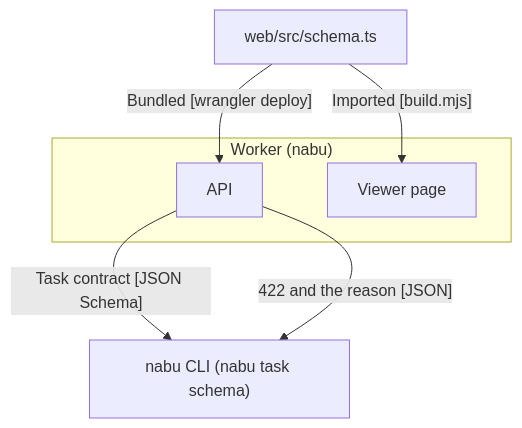
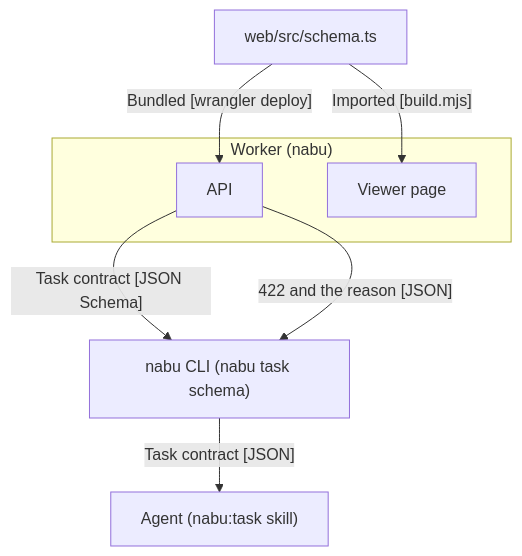
One commit to gitt510/nabu changed the fourth of 4 diagrams in docs/architecture.md. Above: the diagram before and after it, drawn with Mermaid. The commit also changed other lines of this file and 6 other files, not shown here.

Commit message:
task: pass every value to the API and read the rules from nabu task schema

````diff
--- a/docs/architecture.md
+++ b/docs/architecture.md
@@ -67,14 +67,15 @@
 ```mermaid
 flowchart TD
   schema["web/src/schema.ts"]
 
   subgraph worker_box["Worker (nabu)"]
     api["API"]
     page["Viewer page"]
   end
 
   schema -- "Bundled [wrangler deploy]" --> api
   schema -- "Imported [build.mjs]" --> page
   api -- "Task contract [JSON Schema]" --> cli["nabu CLI (nabu task schema)"]
   api -- "422 and the reason [JSON]" --> cli
+  cli -- "Task contract [JSON]" --> agent["Agent (nabu:task skill)"]
 ```
````
